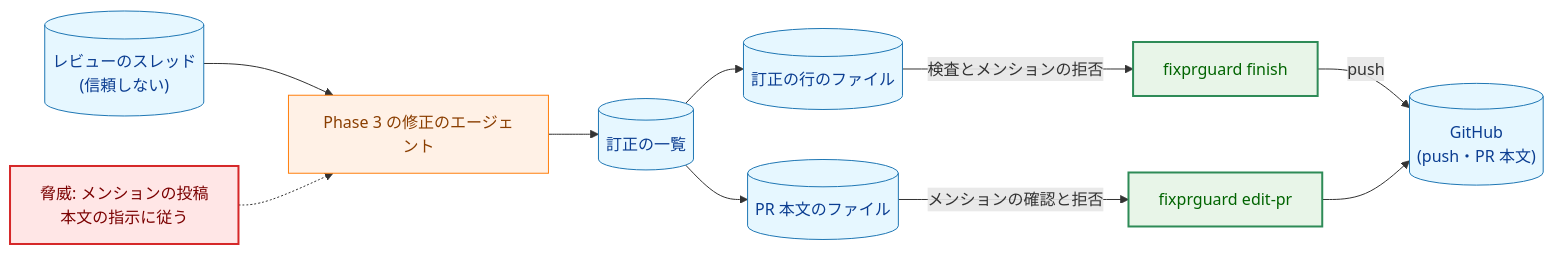
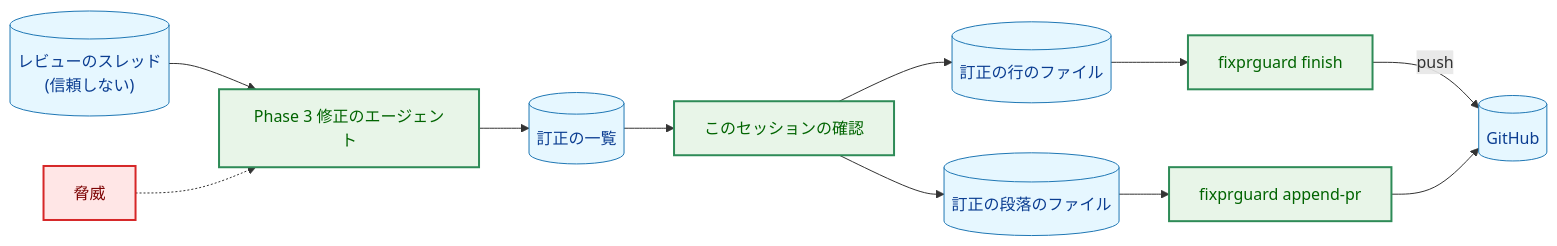
Before and after one commit to isseis/yt2column: the seventh of 11 diagrams in docs/tasks/0053_status_comments_policy/02_architecture.md, drawn with Mermaid. The commit also changed other lines of this file, not shown here.

````diff
--- a/docs/tasks/0053_status_comments_policy/02_architecture.md
+++ b/docs/tasks/0053_status_comments_policy/02_architecture.md
@@ -387,32 +437,32 @@
 ```mermaid
 flowchart LR
     classDef data fill:#e6f7ff,stroke:#1f77b4,stroke-width:1px,color:#0b3d91;
-    classDef process fill:#fff1e6,stroke:#ff7f0e,stroke-width:1px,color:#8a3e00;
     classDef enhanced fill:#e8f5e8,stroke:#2e8b57,stroke-width:2px,color:#006400;
     classDef problem fill:#ffe6e6,stroke:#d62728,stroke-width:2px,color:#7b0000;
 
     THREAD[("レビューのスレッド<br>(信頼しない)")]
-    FIX["Phase 3 の修正のエージェント"]
+    FIX["Phase 3 修正のエージェント"]
     LIST[("訂正の一覧")]
+    CHECK["このセッションの確認"]
     MSGFILE[("訂正の行のファイル")]
-    BODYFILE[("PR 本文のファイル")]
+    PARAFILE[("訂正の段落のファイル")]
     FINISH["fixprguard finish"]
-    EDITPR["fixprguard edit-pr"]
-    GH[("GitHub<br>(push・PR 本文)")]
-    THREAT["脅威: メンションの投稿<br>本文の指示に従う"]
+    APPEND["fixprguard append-pr"]
+    GH[("GitHub")]
+    THREAT["脅威"]
 
     THREAD --> FIX
     FIX --> LIST
-    LIST --> MSGFILE
-    LIST --> BODYFILE
-    MSGFILE -->|"検査とメンションの拒否"| FINISH
-    BODYFILE -->|"メンションの確認と拒否"| EDITPR
+    LIST --> CHECK
+    CHECK --> MSGFILE
+    CHECK --> PARAFILE
+    MSGFILE --> FINISH
+    PARAFILE --> APPEND
     FINISH -->|"push"| GH
-    EDITPR --> GH
+    APPEND --> GH
     THREAT -.-> FIX
 
-    class THREAD,LIST,MSGFILE,BODYFILE,GH data
-    class FIX process
-    class FINISH,EDITPR enhanced
+    class THREAD,LIST,MSGFILE,PARAFILE,GH data
+    class FIX,CHECK,FINISH,APPEND enhanced
     class THREAT problem
 ```
````
